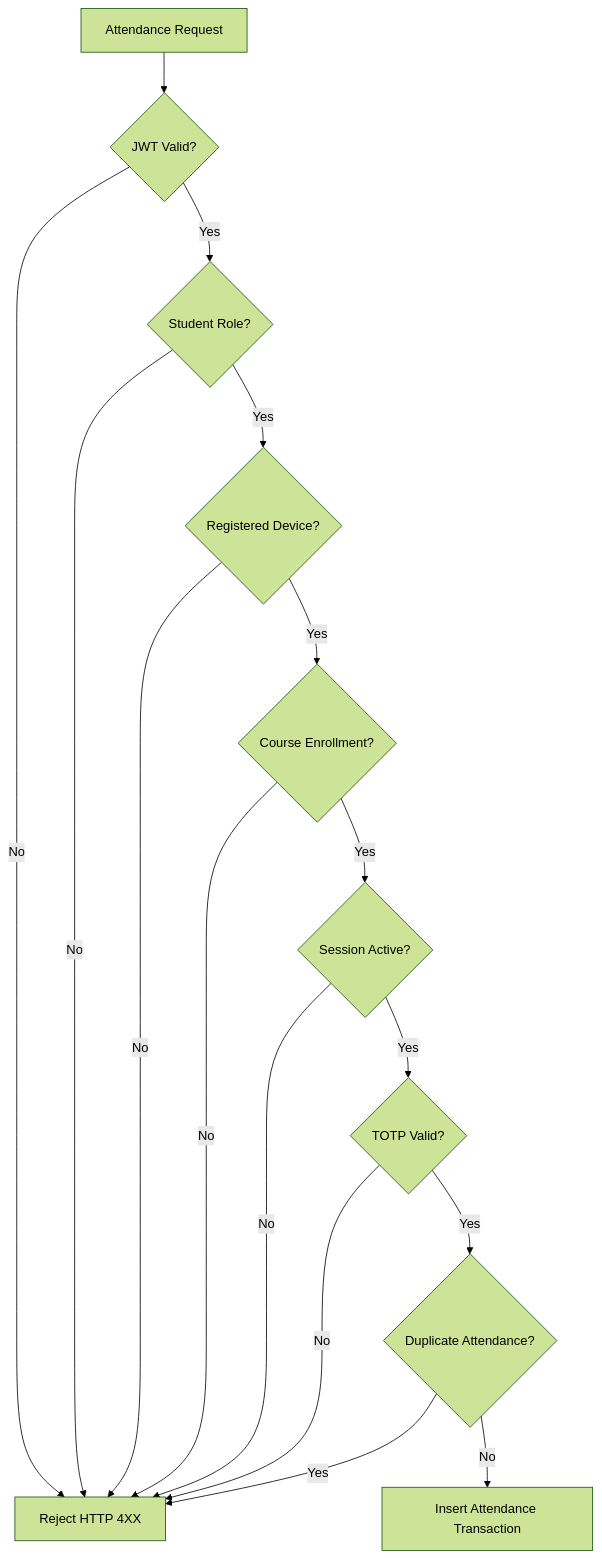
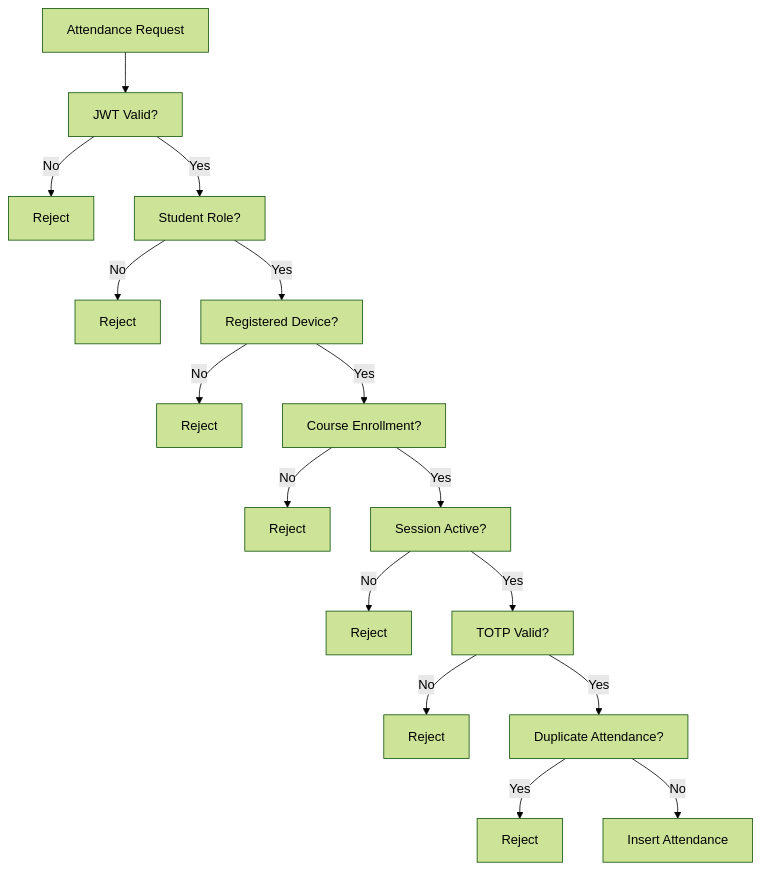
The eighth of 16 diagrams in README.md (Saralfury/knmiet-connect), drawn with Mermaid (forest theme) before and after one commit. The commit also changed other lines of this file, not shown here.

````diff
--- a/README.md
+++ b/README.md
@@ -342,30 +923,35 @@
 ```mermaid
 flowchart TD
 
 A[Attendance Request]
-B{JWT Valid?}
-C{Student Role?}
-D{Registered Device?}
-E{Course Enrollment?}
-F{Session Active?}
-G{TOTP Valid?}
-H{Duplicate Attendance?}
-I[Insert Attendance Transaction]
-X[Reject HTTP 4XX]
 
-A --> B
-B -->|No| X
-B -->|Yes| C
-C -->|No| X
-C -->|Yes| D
-D -->|No| X
-D -->|Yes| E
-E -->|No| X
-E -->|Yes| F
-F -->|No| X
-F -->|Yes| G
-G -->|No| X
-G -->|Yes| H
-H -->|Yes| X
-H -->|No| I
+-->B[JWT Valid?]
+
+B -->|No| X1[Reject]
+
+B -->|Yes| C[Student Role?]
+
+C -->|No| X2[Reject]
+
+C -->|Yes| D[Registered Device?]
+
+D -->|No| X3[Reject]
+
+D -->|Yes| E[Course Enrollment?]
+
+E -->|No| X4[Reject]
+
+E -->|Yes| F[Session Active?]
+
+F -->|No| X5[Reject]
+
+F -->|Yes| G[TOTP Valid?]
+
+G -->|No| X6[Reject]
+
+G -->|Yes| H[Duplicate Attendance?]
+
+H -->|Yes| X7[Reject]
+
+H -->|No| I[Insert Attendance]
 ```
````
